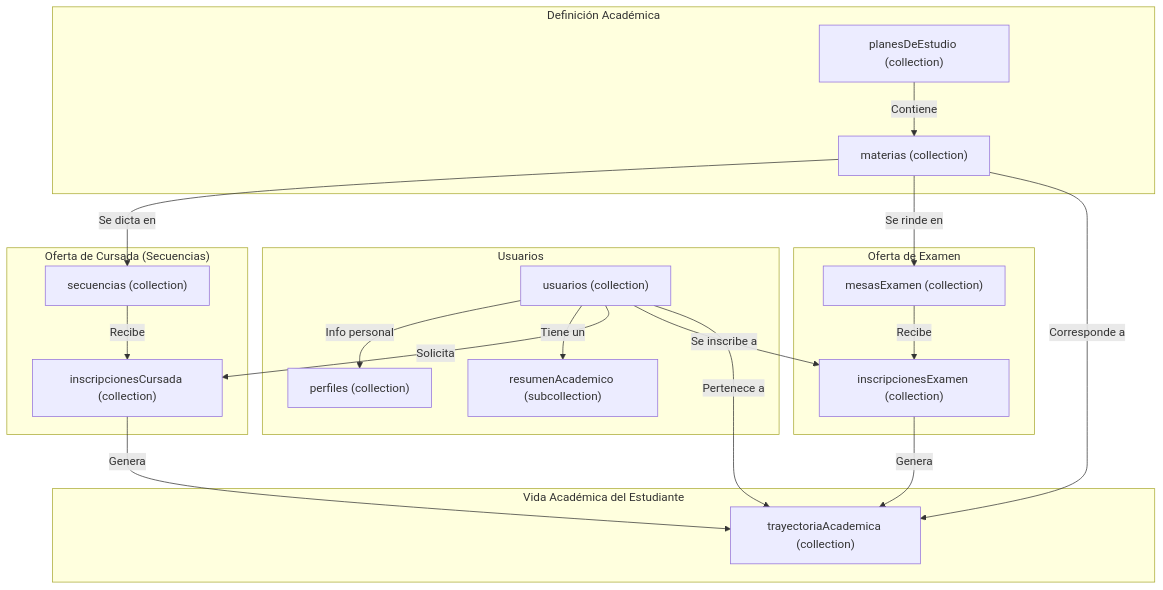
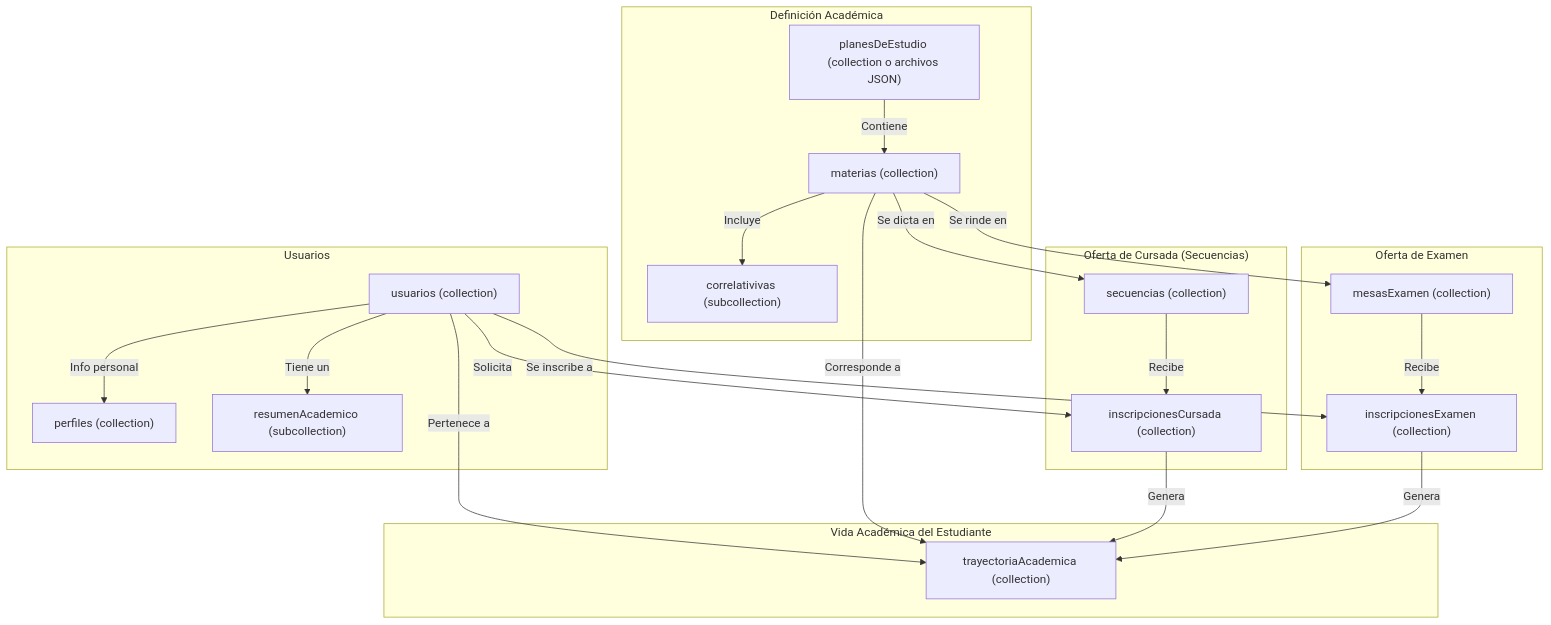
The diagram in diagrama_v2.md (informaticaesmn/sige), drawn with Mermaid before and after one commit. The commit also changed 9 other files, not shown here.

Commit message:
feat: Planes de estudio

````diff
--- a/diagrama_v2.md
+++ b/diagrama_v2.md
@@ -7,41 +7,43 @@
 ```mermaid
 graph TD
     subgraph "Usuarios"
         U["usuarios (collection)"]
         P["perfiles (collection)"]
         RA["resumenAcademico (subcollection)"]
     end
 
     subgraph "Definición Académica"
-        PL["planesDeEstudio (collection)"]
+        PL["planesDeEstudio (collection o archivos JSON)"]
         M["materias (collection)"]
+        RC["correlativivas (subcollection)"]
     end
 
     subgraph "Oferta de Cursada (Secuencias)"
         C["secuencias (collection)"]
         IC["inscripcionesCursada (collection)"]
     end
 
     subgraph "Oferta de Examen"
         ME["mesasExamen (collection)"]
         IE["inscripcionesExamen (collection)"]
     end
 
     subgraph "Vida Académica del Estudiante"
         TA["trayectoriaAcademica (collection)"]
     end
 
     U -- "Info personal" --> P
     U -- "Tiene un" --> RA
     PL -- "Contiene" --> M
+    M -- "Incluye" --> RC
     M -- "Se dicta en" --> C
     U -- "Solicita" --> IC
     C -- "Recibe" --> IC
     M -- "Se rinde en" --> ME
     U -- "Se inscribe a" --> IE
     ME -- "Recibe" --> IE
     U -- "Pertenece a" --> TA
     M -- "Corresponde a" --> TA
     IC -- "Genera" --> TA
     IE -- "Genera" --> TA
 ```
````
